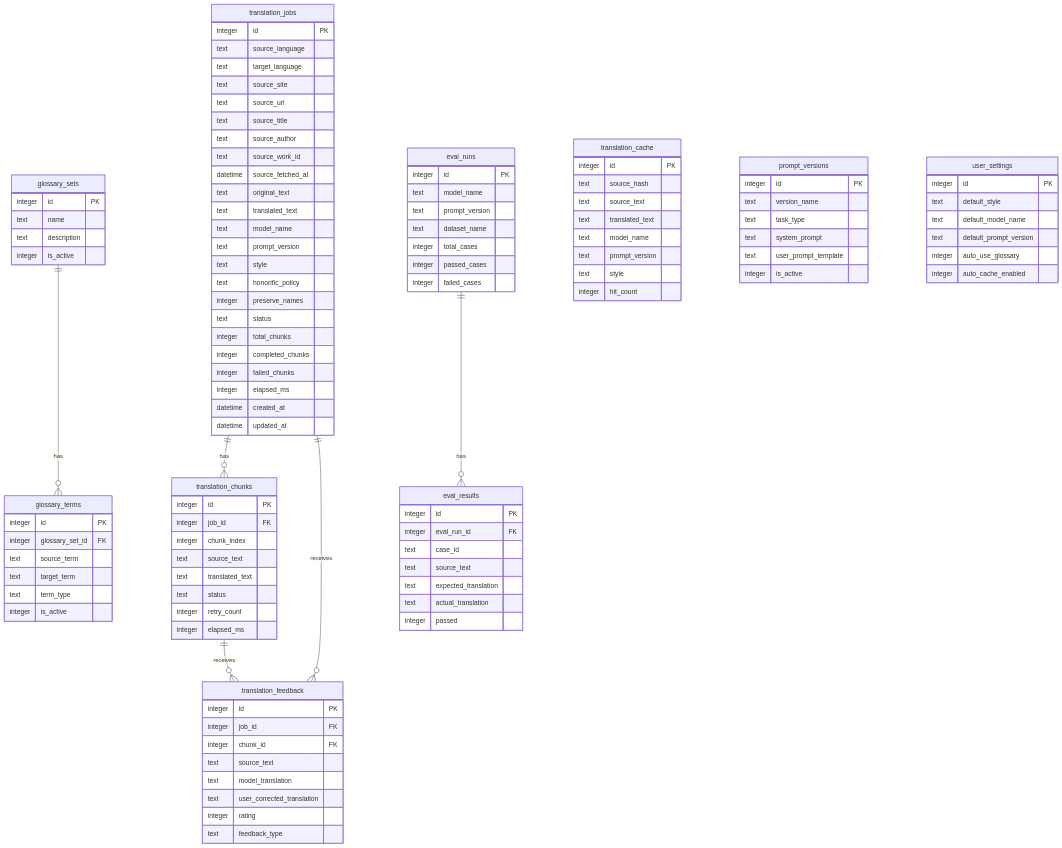
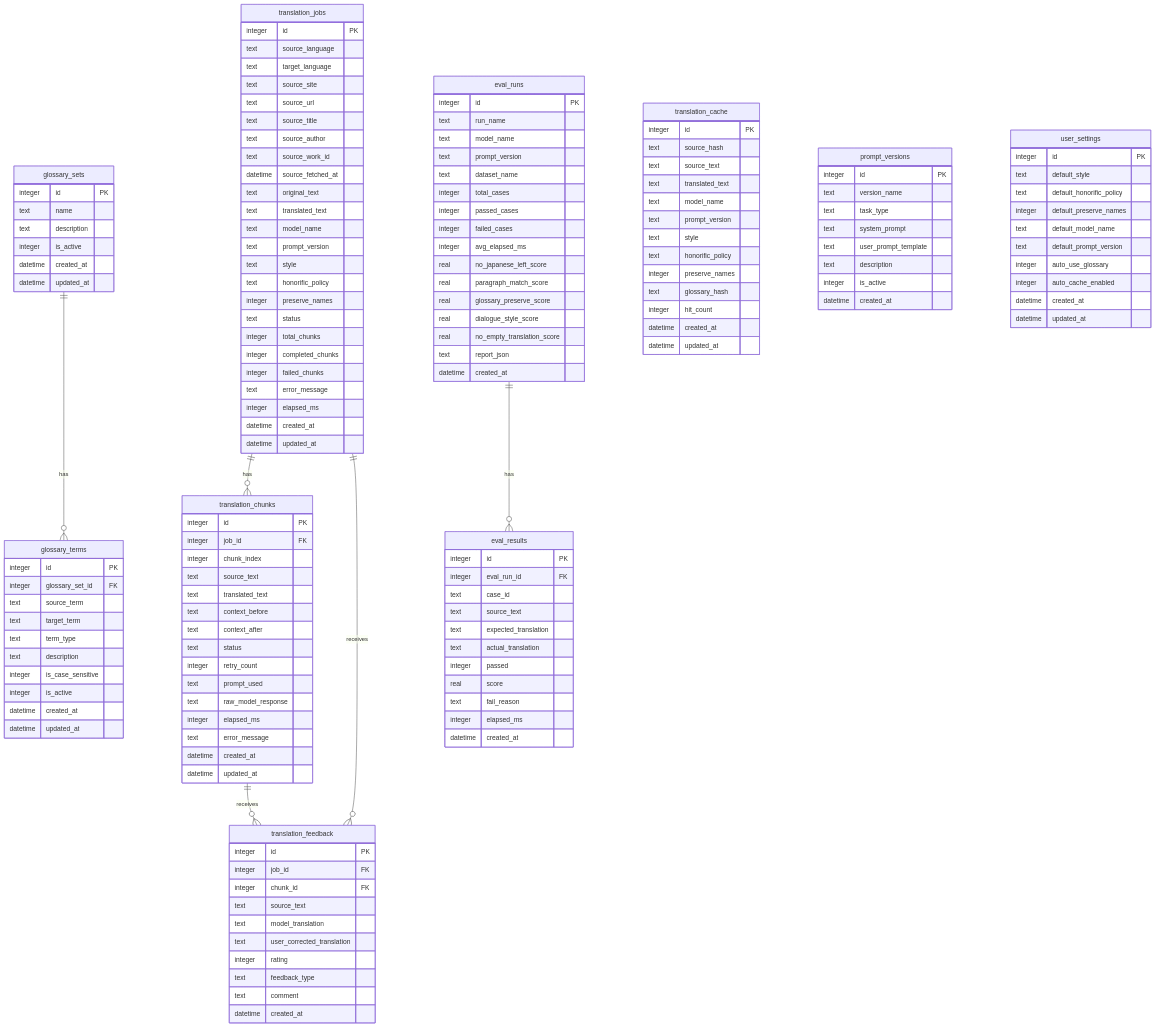
One commit to SerinKims/translator-jp changed the diagram in Docs/DB.md. Above: the diagram before and after it, drawn with Mermaid. The commit also changed 10 other files, not shown here.

First line of the commit message:
feat(db): add repository-backed schema models (#3)

````diff
--- a/Docs/DB.md
+++ b/Docs/DB.md
@@ -133,6 +133,7 @@
         integer total_chunks
         integer completed_chunks
         integer failed_chunks
+        text error_message
         integer elapsed_ms
 
         datetime created_at
@@ -145,9 +146,16 @@
         integer chunk_index
         text source_text
         text translated_text
+        text context_before
+        text context_after
         text status
         integer retry_count
+        text prompt_used
+        text raw_model_response
         integer elapsed_ms
+        text error_message
+        datetime created_at
+        datetime updated_at
     }
 
     glossary_sets {
@@ -155,6 +163,8 @@
         text name
         text description
         integer is_active
+        datetime created_at
+        datetime updated_at
     }
 
     glossary_terms {
@@ -163,7 +173,11 @@
         text source_term
         text target_term
         text term_type
+        text description
+        integer is_case_sensitive
         integer is_active
+        datetime created_at
+        datetime updated_at
     }
 
     translation_cache {
@@ -174,7 +188,12 @@
         text model_name
         text prompt_version
         text style
+        text honorific_policy
+        integer preserve_names
+        text glossary_hash
         integer hit_count
+        datetime created_at
+        datetime updated_at
     }
 
     translation_feedback {
@@ -186,6 +205,8 @@
         text user_corrected_translation
         integer rating
         text feedback_type
+        text comment
+        datetime created_at
     }
 
     prompt_versions {
@@ -194,17 +215,28 @@
         text task_type
         text system_prompt
         text user_prompt_template
+        text description
         integer is_active
+        datetime created_at
     }
 
     eval_runs {
         integer id PK
+        text run_name
         text model_name
         text prompt_version
         text dataset_name
         integer total_cases
         integer passed_cases
         integer failed_cases
+        integer avg_elapsed_ms
+        real no_japanese_left_score
+        real paragraph_match_score
+        real glossary_preserve_score
+        real dialogue_style_score
+        real no_empty_translation_score
+        text report_json
+        datetime created_at
     }
 
     eval_results {
@@ -215,14 +247,22 @@
         text expected_translation
         text actual_translation
         integer passed
+        real score
+        text fail_reason
+        integer elapsed_ms
+        datetime created_at
     }
 
     user_settings {
         integer id PK
         text default_style
+        text default_honorific_policy
+        integer default_preserve_names
         text default_model_name
         text default_prompt_version
         integer auto_use_glossary
         integer auto_cache_enabled
+        datetime created_at
+        datetime updated_at
     }
 ```
````
